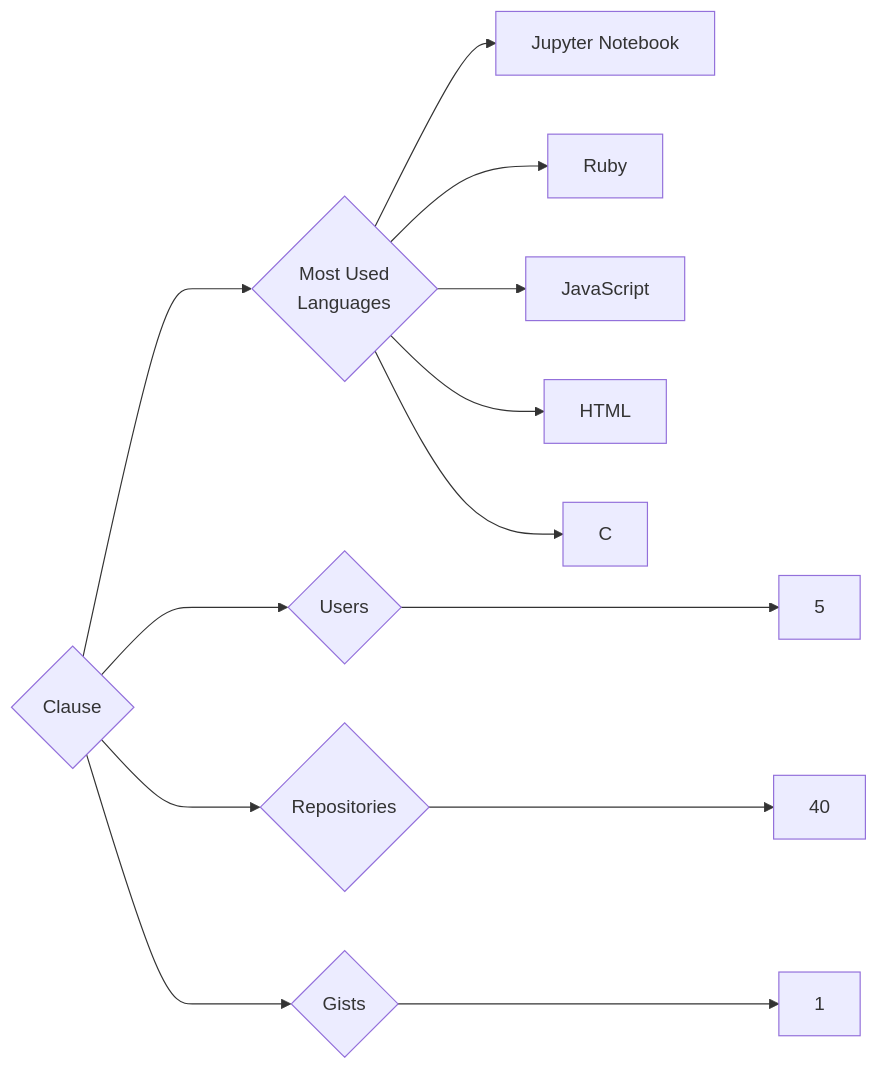
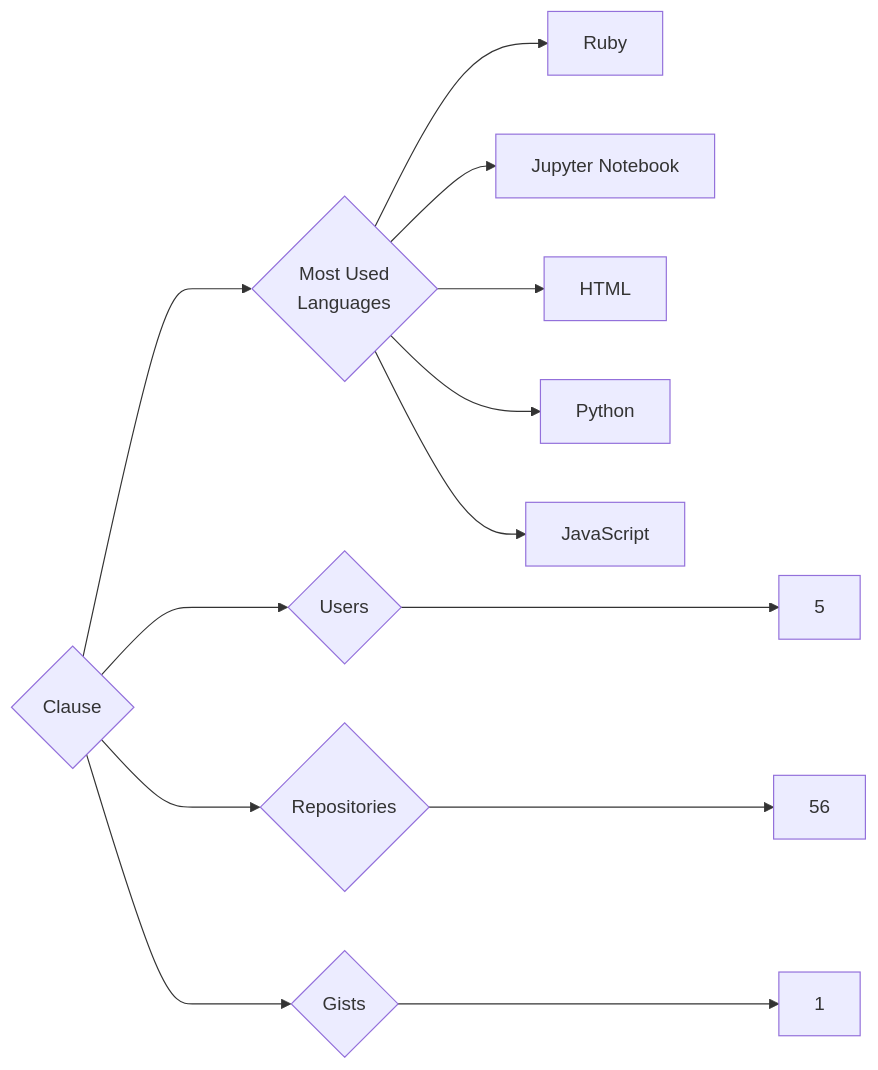
Before and after one commit to trickest/insiders: the diagram in targets/Clause/README.md, drawn with Mermaid. The commit also changed 1030 other files, not shown here.

````diff
--- a/targets/Clause/README.md
+++ b/targets/Clause/README.md
@@ -3,13 +3,13 @@
 ```mermaid
 graph LR
 COMPANY_NAME{Clause}
 COMPANY_NAME ---> U{Users} ---> UN[5]
-COMPANY_NAME ---> R{Repositories} ---> RN[40]
+COMPANY_NAME ---> R{Repositories} ---> RN[56]
 COMPANY_NAME ---> G{Gists} ---> GN[1]
 COMPANY_NAME ---> ML{Most Used<br>Languages}
+ML --> Ruby[Ruby]
 ML --> Jupyter_Notebook[Jupyter Notebook]
-ML --> Ruby[Ruby]
+ML --> HTML[HTML]
+ML --> Python[Python]
 ML --> JavaScript[JavaScript]
-ML --> HTML[HTML]
-ML --> C[C]
 ```
````
